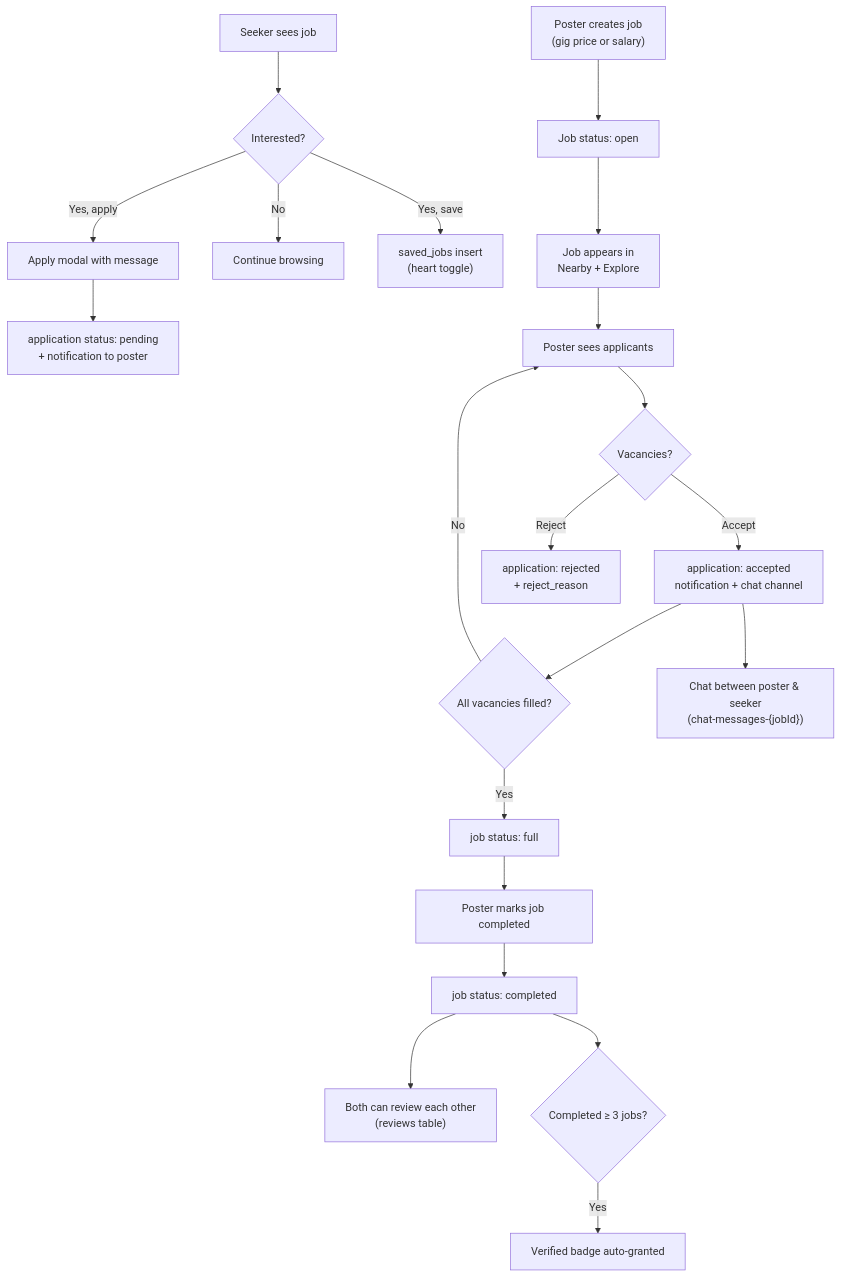
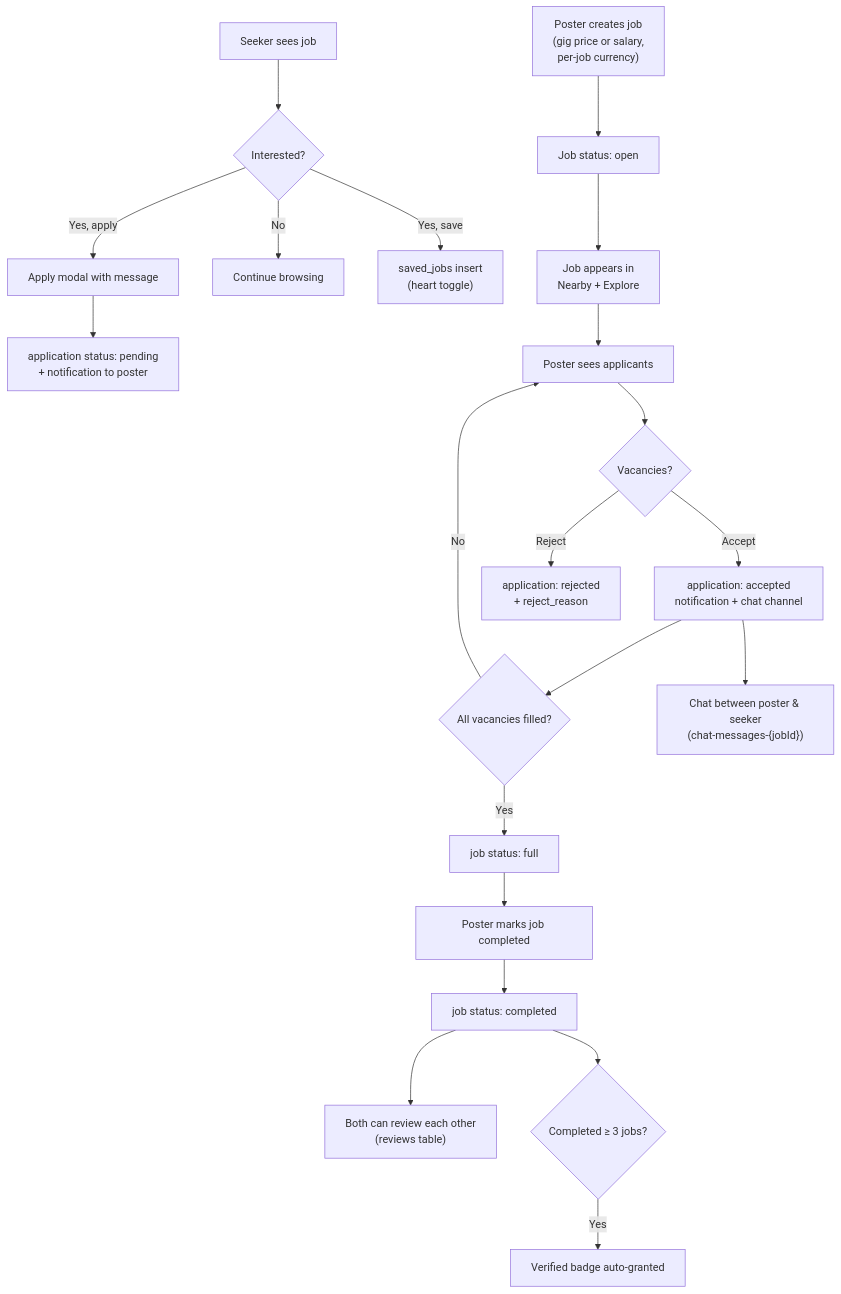
The fourth of 8 diagrams in FLOWCHART.md (phyothant-dev/loc-jobs), drawn with Mermaid before and after one commit. The commit also changed 8 other files, not shown here.

````diff
--- a/FLOWCHART.md
+++ b/FLOWCHART.md
@@ -101,26 +101,26 @@
 ```mermaid
 flowchart TD
-    P1["Poster creates job<br/>(gig price or salary)"] --> P2["Job status: open"]
+    P1["Poster creates job<br/>(gig price or salary,<br/>per-job currency)"] --> P2["Job status: open"]
     P2 --> P3["Job appears in<br/>Nearby + Explore"]
 
     S1["Seeker sees job"] --> S2{"Interested?"}
     S2 -- "No" --> S3["Continue browsing"]
     S2 -- "Yes, save" --> S4["saved_jobs insert<br/>(heart toggle)"]
     S2 -- "Yes, apply" --> S5["Apply modal with message"]
     S5 --> S6["application status: pending<br/>+ notification to poster"]
 
     P3 --> P7["Poster sees applicants"]
     P7 --> P8{"Vacancies?"}
     P8 -- "Accept" --> P9["application: accepted<br/>notification + chat channel"]
     P8 -- "Reject" --> P10["application: rejected<br/>+ reject_reason"]
     P9 --> P11{"All vacancies filled?"}
     P11 -- "Yes" --> P12["job status: full"]
     P11 -- "No" --> P7
 
     P9 --> C1["Chat between poster & seeker<br/>(chat-messages-{jobId})"]
     P12 --> P13["Poster marks job completed"]
     P13 --> P14["job status: completed"]
     P14 --> P15["Both can review each other<br/>(reviews table)"]
     P14 --> P16{"Completed ≥ 3 jobs?"}
     P16 -- "Yes" --> P17["Verified badge auto-granted"]
 ```
````
